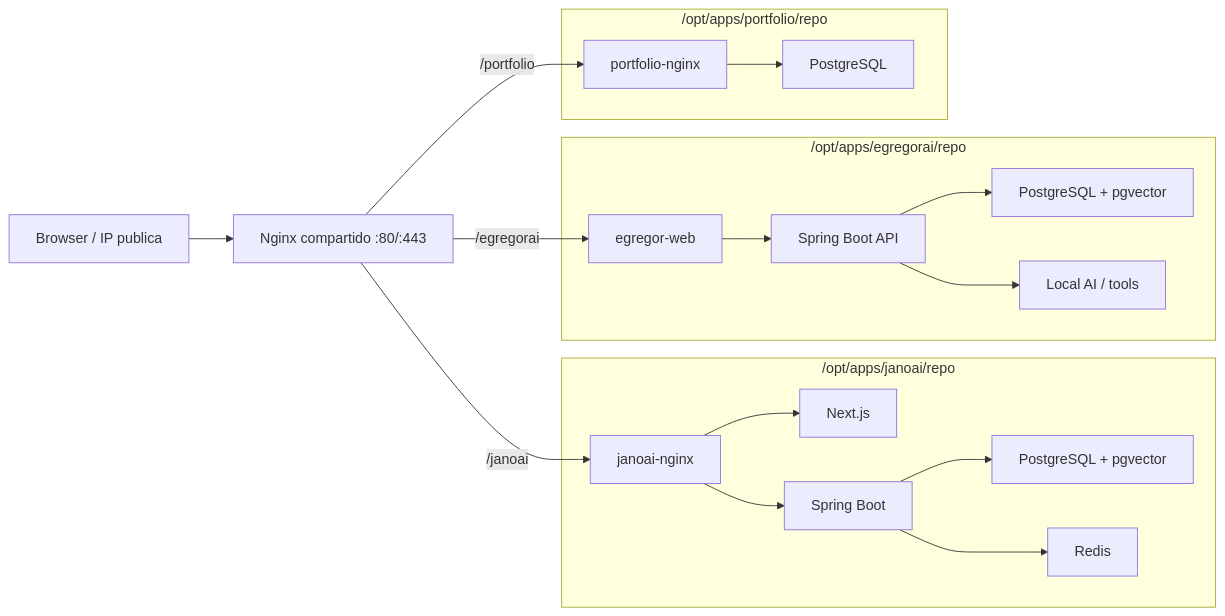
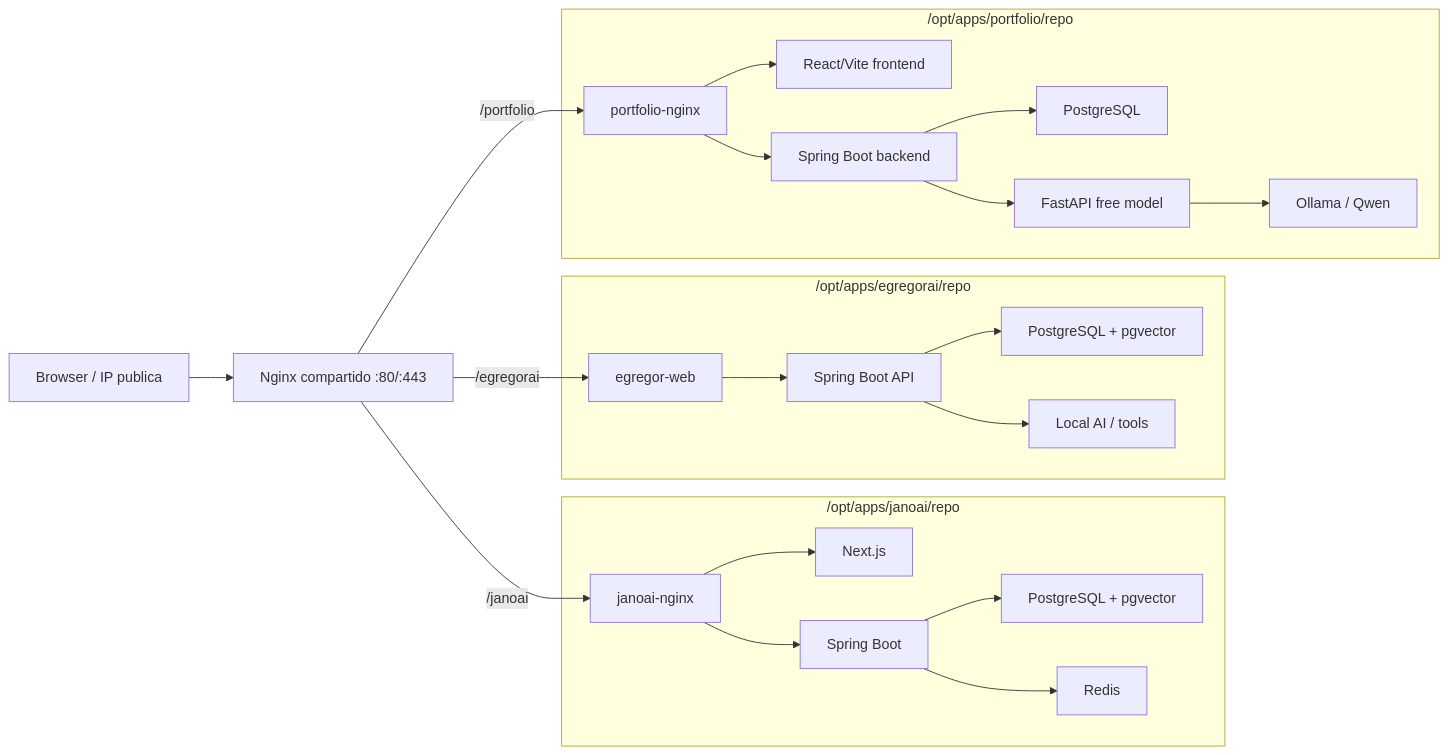
Before and after one commit to Sebas-gatica-dev/sgdev-infra: the diagram in docs/architecture.md, drawn with Mermaid. The commit also changed other lines of this file and 13 other files, not shown here.

````diff
--- a/docs/architecture.md
+++ b/docs/architecture.md
@@ -15,24 +15,28 @@
 ```mermaid
 flowchart LR
     U["Browser / IP publica"] --> N["Nginx compartido :80/:443"]
     N -->|/janoai| JN["janoai-nginx"]
     N -->|/egregorai| EW["egregor-web"]
     N -->|/portfolio| PA["portfolio-nginx"]
 
     subgraph J["/opt/apps/janoai/repo"]
       JN --> JF["Next.js"]
       JN --> JB["Spring Boot"]
       JB --> JP["PostgreSQL + pgvector"]
       JB --> JR["Redis"]
     end
 
     subgraph E["/opt/apps/egregorai/repo"]
       EW --> EA["Spring Boot API"]
       EA --> EP["PostgreSQL + pgvector"]
       EA --> EL["Local AI / tools"]
     end
 
     subgraph P["/opt/apps/portfolio/repo"]
-      PA --> PP["PostgreSQL"]
+      PA --> PF["React/Vite frontend"]
+      PA --> PB["Spring Boot backend"]
+      PB --> PP["PostgreSQL"]
+      PB --> PQ["FastAPI free model"]
+      PQ --> PO["Ollama / Qwen"]
     end
 ```
````
